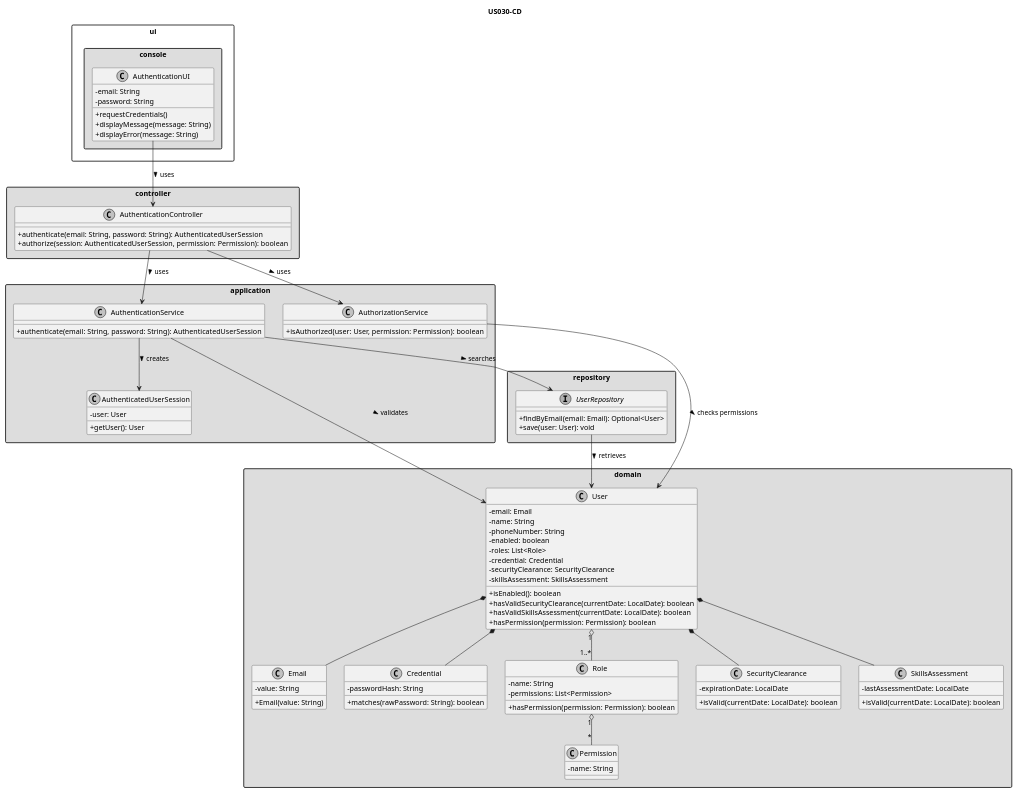
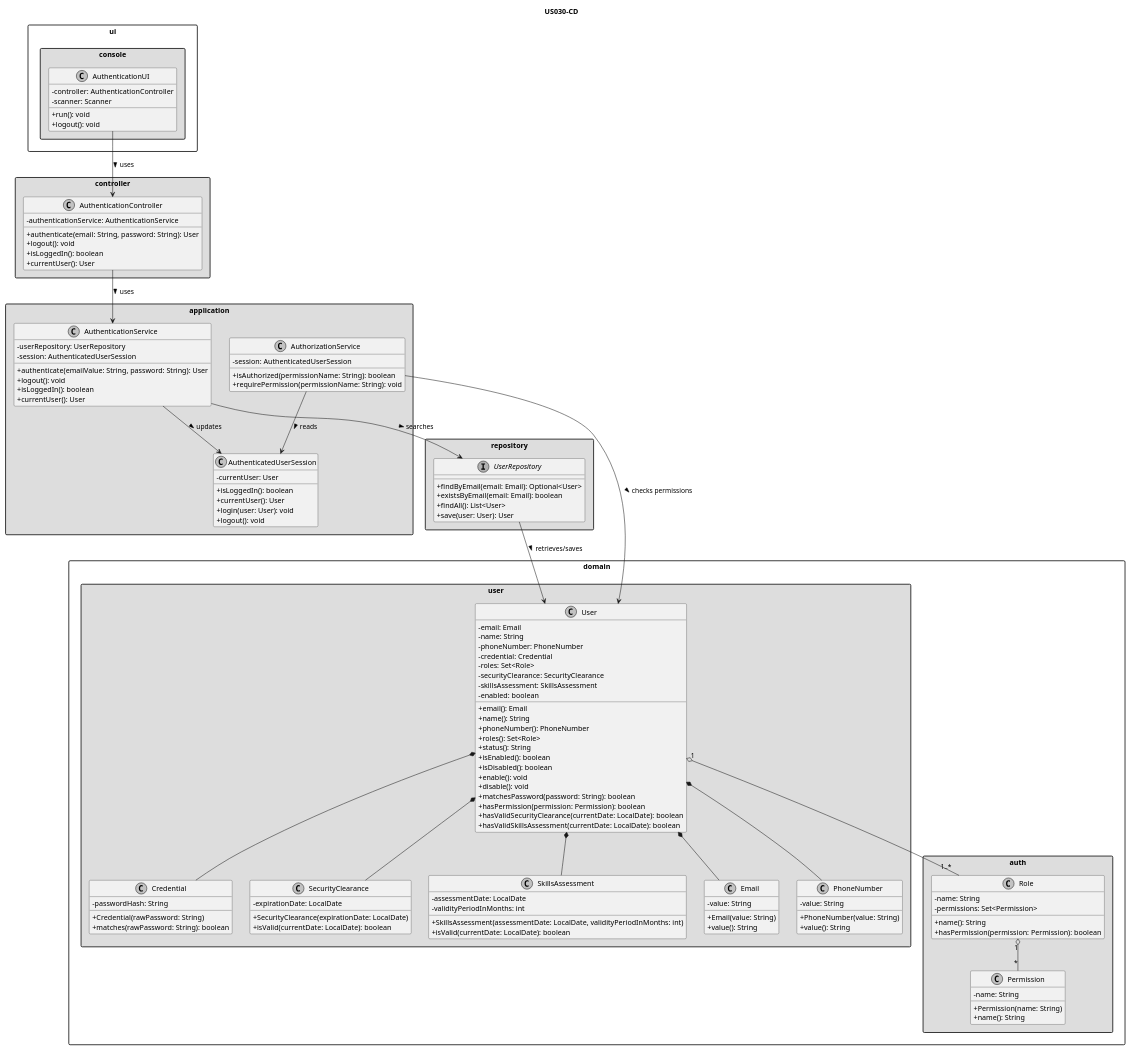
Before and after one commit to 1240537-brunorodrigues/sem4pi-2526-individual-1240537: the diagram in docs/user-stories/02-identity-and-backoffice/US030/03.design/puml/US030-CD.puml, drawn with PlantUML. The commit also changed 48 other files, not shown here.

```diff
--- a/docs/user-stories/02-identity-and-backoffice/US030/03.design/puml/US030-CD.puml
+++ b/docs/user-stories/02-identity-and-backoffice/US030/03.design/puml/US030-CD.puml
@@ -1,111 +1,151 @@
 @startuml
 title US030-CD
 
 skinparam monochrome true
 skinparam packageStyle rectangle
 skinparam shadowing false
 skinparam classAttributeIconSize 0
 
 package "ui.console" #DDDDDD {
     class AuthenticationUI {
-        - email: String
-        - password: String
-        + requestCredentials()
-        + displayMessage(message: String)
-        + displayError(message: String)
+        - controller: AuthenticationController
+        - scanner: Scanner
+        + run(): void
+        + logout(): void
     }
 }
 
 package "controller" #DDDDDD {
     class AuthenticationController {
-        + authenticate(email: String, password: String): AuthenticatedUserSession
-        + authorize(session: AuthenticatedUserSession, permission: Permission): boolean
+        - authenticationService: AuthenticationService
+        + authenticate(email: String, password: String): User
+        + logout(): void
+        + isLoggedIn(): boolean
+        + currentUser(): User
     }
 }
 
 package "application" #DDDDDD {
     class AuthenticationService {
-        + authenticate(email: String, password: String): AuthenticatedUserSession
+        - userRepository: UserRepository
+        - session: AuthenticatedUserSession
+        + authenticate(emailValue: String, password: String): User
+        + logout(): void
+        + isLoggedIn(): boolean
+        + currentUser(): User
     }
 
     class AuthorizationService {
-        + isAuthorized(user: User, permission: Permission): boolean
+        - session: AuthenticatedUserSession
+        + isAuthorized(permissionName: String): boolean
+        + requirePermission(permissionName: String): void
     }
 
     class AuthenticatedUserSession {
-        - user: User
-        + getUser(): User
+        - currentUser: User
+        + isLoggedIn(): boolean
+        + currentUser(): User
+        + login(user: User): void
+        + logout(): void
     }
 }
 
-package "domain" #DDDDDD {
+package "domain.user" #DDDDDD {
     class User {
         - email: Email
         - name: String
-        - phoneNumber: String
-        - enabled: boolean
-        - roles: List<Role>
+        - phoneNumber: PhoneNumber
         - credential: Credential
+        - roles: Set<Role>
         - securityClearance: SecurityClearance
         - skillsAssessment: SkillsAssessment
+        - enabled: boolean
+        + email(): Email
+        + name(): String
+        + phoneNumber(): PhoneNumber
+        + roles(): Set<Role>
+        + status(): String
         + isEnabled(): boolean
+        + isDisabled(): boolean
+        + enable(): void
+        + disable(): void
+        + matchesPassword(password: String): boolean
+        + hasPermission(permission: Permission): boolean
         + hasValidSecurityClearance(currentDate: LocalDate): boolean
         + hasValidSkillsAssessment(currentDate: LocalDate): boolean
-        + hasPermission(permission: Permission): boolean
     }
 
     class Email {
         - value: String
         + Email(value: String)
+        + value(): String
+    }
+
+    class PhoneNumber {
+        - value: String
+        + PhoneNumber(value: String)
+        + value(): String
     }
 
     class Credential {
         - passwordHash: String
+        + Credential(rawPassword: String)
         + matches(rawPassword: String): boolean
     }
 
+    class SecurityClearance {
+        - expirationDate: LocalDate
+        + SecurityClearance(expirationDate: LocalDate)
+        + isValid(currentDate: LocalDate): boolean
+    }
+
+    class SkillsAssessment {
+        - assessmentDate: LocalDate
+        - validityPeriodInMonths: int
+        + SkillsAssessment(assessmentDate: LocalDate, validityPeriodInMonths: int)
+        + isValid(currentDate: LocalDate): boolean
+    }
+}
+
+package "domain.auth" #DDDDDD {
     class Role {
         - name: String
-        - permissions: List<Permission>
+        - permissions: Set<Permission>
+        + name(): String
         + hasPermission(permission: Permission): boolean
     }
 
     class Permission {
         - name: String
-    }
-
-    class SecurityClearance {
-        - expirationDate: LocalDate
-        + isValid(currentDate: LocalDate): boolean
-    }
-
-    class SkillsAssessment {
-        - lastAssessmentDate: LocalDate
-        + isValid(currentDate: LocalDate): boolean
+        + Permission(name: String)
+        + name(): String
     }
 }
 
 package "repository" #DDDDDD {
     interface UserRepository {
         + findByEmail(email: Email): Optional<User>
-        + save(user: User): void
+        + existsByEmail(email: Email): boolean
+        + findAll(): List<User>
+        + save(user: User): User
     }
 }
 
 AuthenticationUI --> AuthenticationController : uses >
 AuthenticationController --> AuthenticationService : uses >
-AuthenticationController --> AuthorizationService : uses >
 AuthenticationService --> UserRepository : searches >
-AuthenticationService --> AuthenticatedUserSession : creates >
-AuthenticationService --> User : validates >
+AuthenticationService --> AuthenticatedUserSession : updates >
+AuthorizationService --> AuthenticatedUserSession : reads >
 AuthorizationService --> User : checks permissions >
 
-UserRepository --> User : retrieves >
+UserRepository --> User : retrieves/saves >
+
 User *-- Email
+User *-- PhoneNumber
 User *-- Credential
 User *-- SecurityClearance
 User *-- SkillsAssessment
 User "1" o-- "1..*" Role
 Role "1" o-- "*" Permission
 
 @enduml
```
